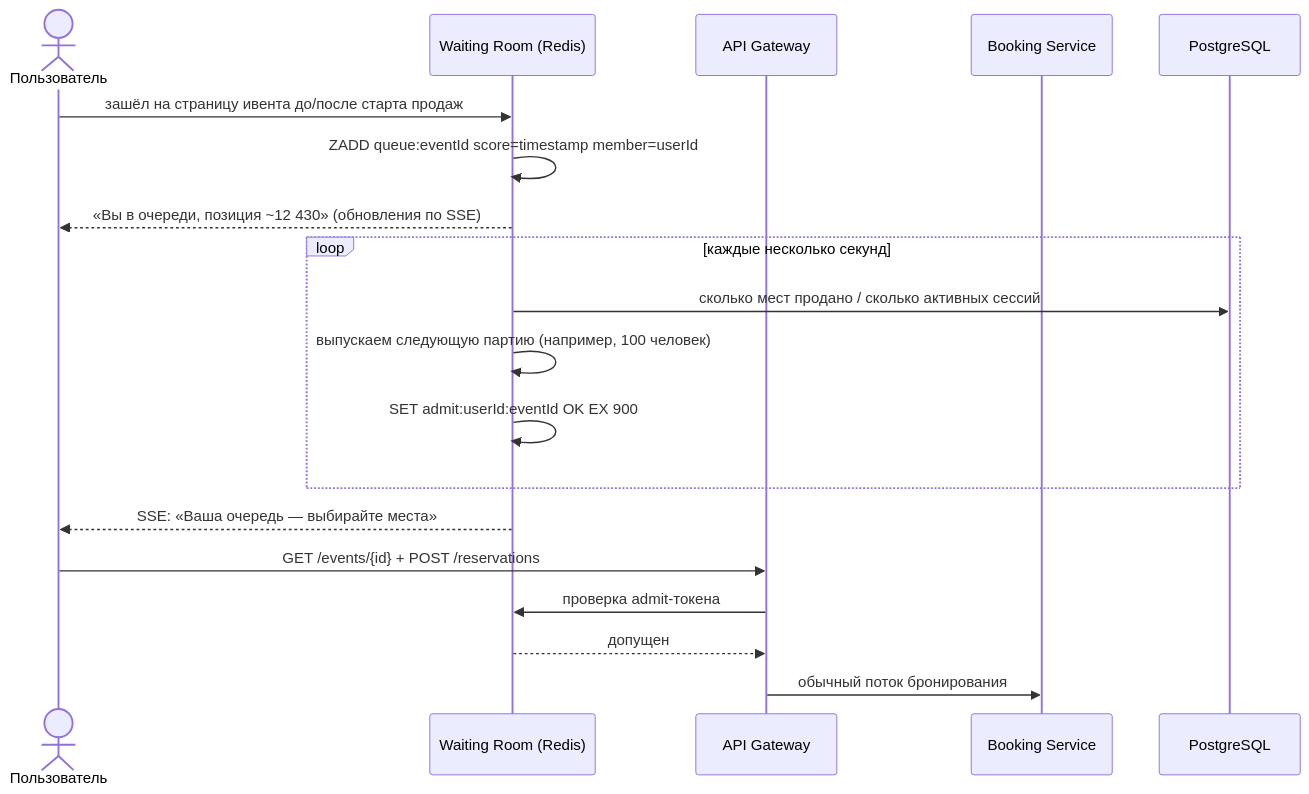
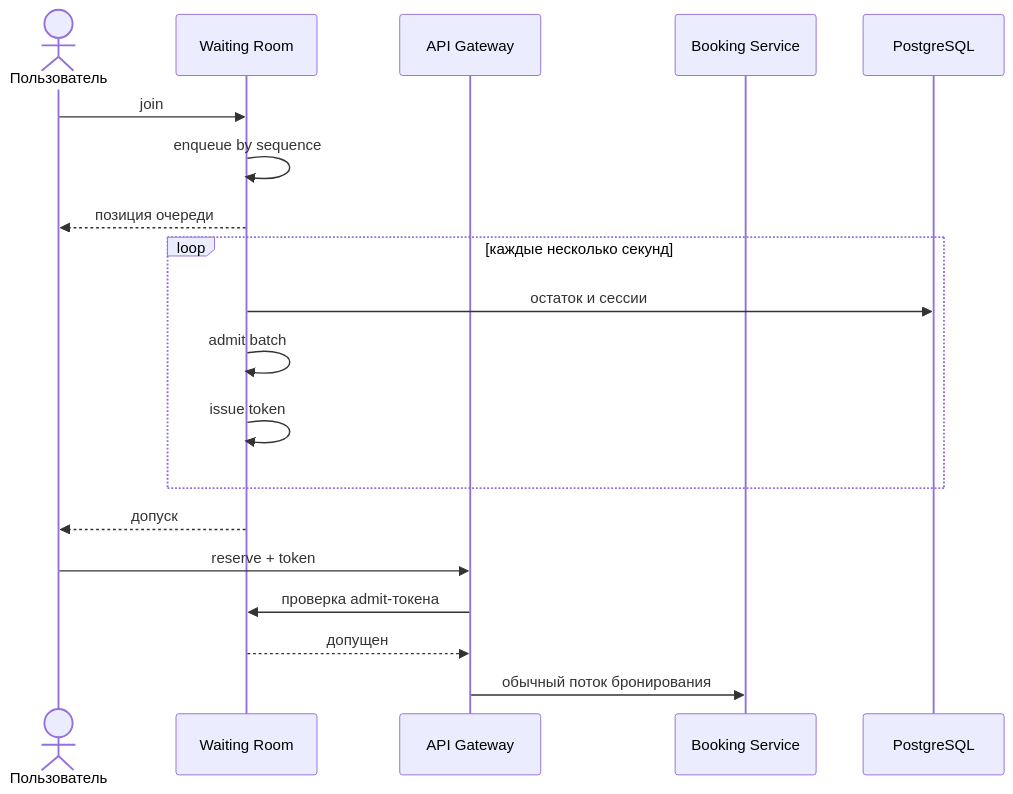
Before and after one commit to AlohaJava/system-design-interview-chamkin: the fifth of 5 diagrams in 02-case-studies/ticket-booking.md, drawn with Mermaid. The commit also changed other lines of this file and 49 other files, not shown here.

````diff
--- a/02-case-studies/ticket-booking.md
+++ b/02-case-studies/ticket-booking.md
@@ -384,22 +359,22 @@
 ```mermaid
 sequenceDiagram
     actor U as Пользователь
-    participant WR as Waiting Room (Redis)
+    participant WR as Waiting Room
     participant GW as API Gateway
     participant BS as Booking Service
     participant DB as PostgreSQL
 
-    U->>WR: зашёл на страницу ивента до/после старта продаж
-    WR->>WR: ZADD queue:eventId score=timestamp member=userId
-    WR-->>U: «Вы в очереди, позиция ~12 430» (обновления по SSE)
+    U->>WR: join
+    WR->>WR: enqueue by sequence
+    WR-->>U: позиция очереди
     loop каждые несколько секунд
-        WR->>DB: сколько мест продано / сколько активных сессий
-        WR->>WR: выпускаем следующую партию (например, 100 человек)
-        WR->>WR: SET admit:userId:eventId OK EX 900
+        WR->>DB: остаток и сессии
+        WR->>WR: admit batch
+        WR->>WR: issue token
     end
-    WR-->>U: SSE: «Ваша очередь — выбирайте места»
-    U->>GW: GET /events/{id} + POST /reservations
+    WR-->>U: допуск
+    U->>GW: reserve + token
     GW->>WR: проверка admit-токена
     WR-->>GW: допущен
     GW->>BS: обычный поток бронирования
 ```
````
